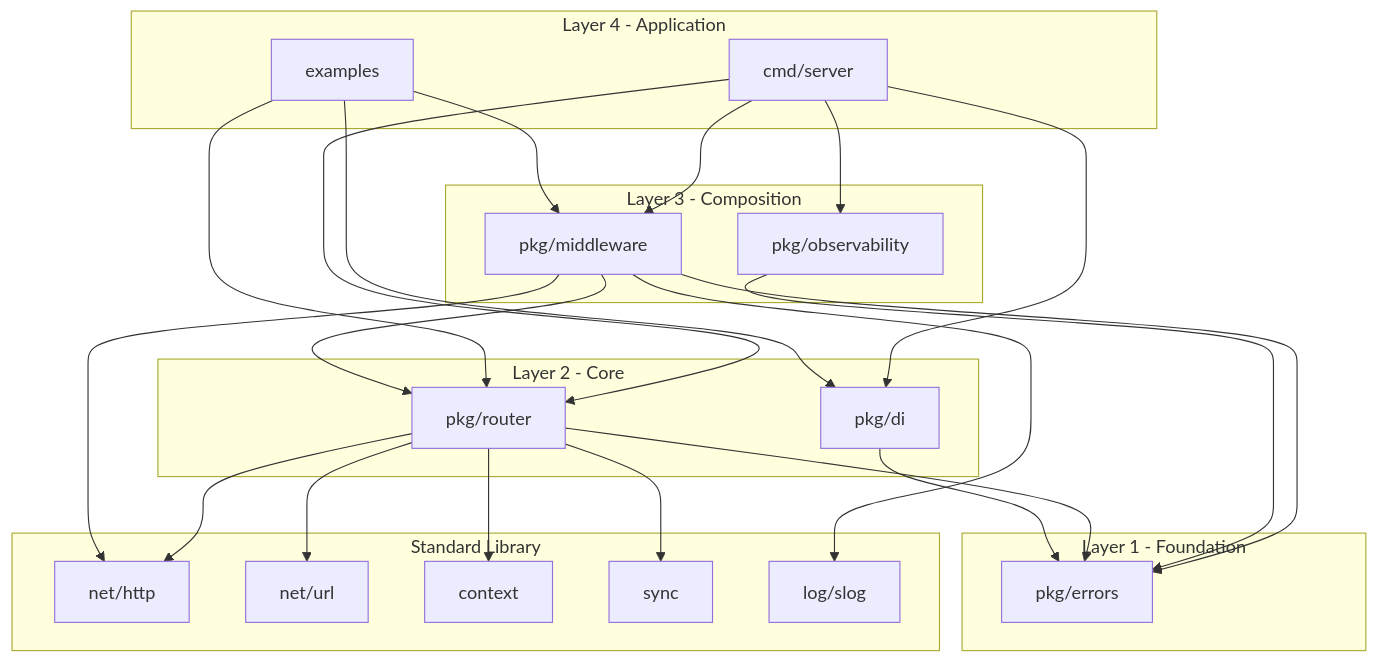
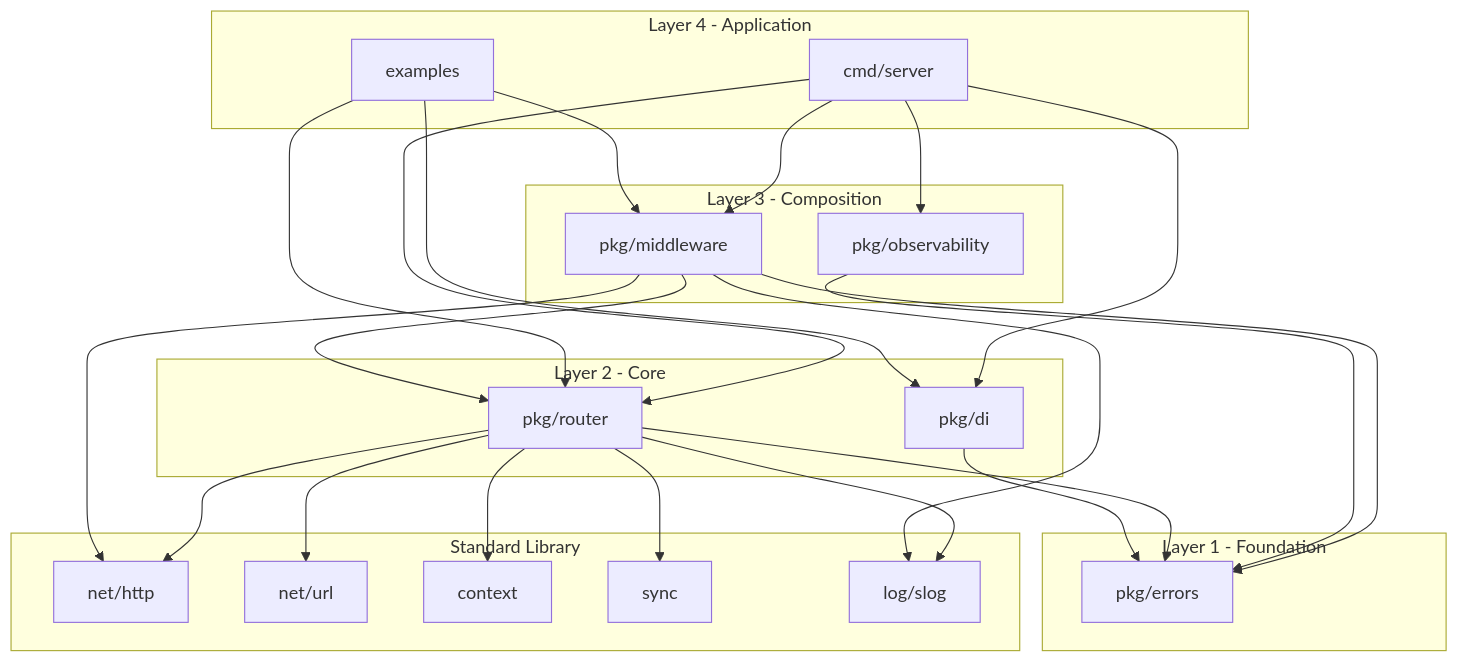
The diagram in docs/design/packagedesign.md (nsk-2003/lightweight-http), drawn with Mermaid before and after one commit. The commit also changed other lines of this file and 11 other files, not shown here.

````diff
--- a/docs/design/packagedesign.md
+++ b/docs/design/packagedesign.md
@@ -9,44 +9,45 @@
 ```mermaid
 flowchart TB
   subgraph app [Layer 4 - Application]
     cmdMain[cmd/server]
     examplesPkg[examples]
   end
   subgraph composition [Layer 3 - Composition]
     middlewarePkg[pkg/middleware]
     observabilityPkg[pkg/observability]
   end
   subgraph core [Layer 2 - Core]
     routerPkg[pkg/router]
     diPkg[pkg/di]
   end
   subgraph foundation [Layer 1 - Foundation]
     errorsPkg[pkg/errors]
   end
   subgraph stdlib [Standard Library]
     nethttp[net/http]
     neturl[net/url]
     ctx[context]
     syncp[sync]
     slog[log/slog]
   end
 
   cmdMain --> routerPkg
   cmdMain --> middlewarePkg
   cmdMain --> observabilityPkg
   cmdMain --> diPkg
   examplesPkg --> routerPkg
   examplesPkg --> middlewarePkg
   examplesPkg --> diPkg
   middlewarePkg --> routerPkg
   middlewarePkg --> errorsPkg
   observabilityPkg --> errorsPkg
   routerPkg --> errorsPkg
   diPkg --> errorsPkg
   routerPkg --> nethttp
   routerPkg --> neturl
   routerPkg --> ctx
   routerPkg --> syncp
+  routerPkg --> slog
   middlewarePkg --> nethttp
   middlewarePkg --> slog
 ```
````
